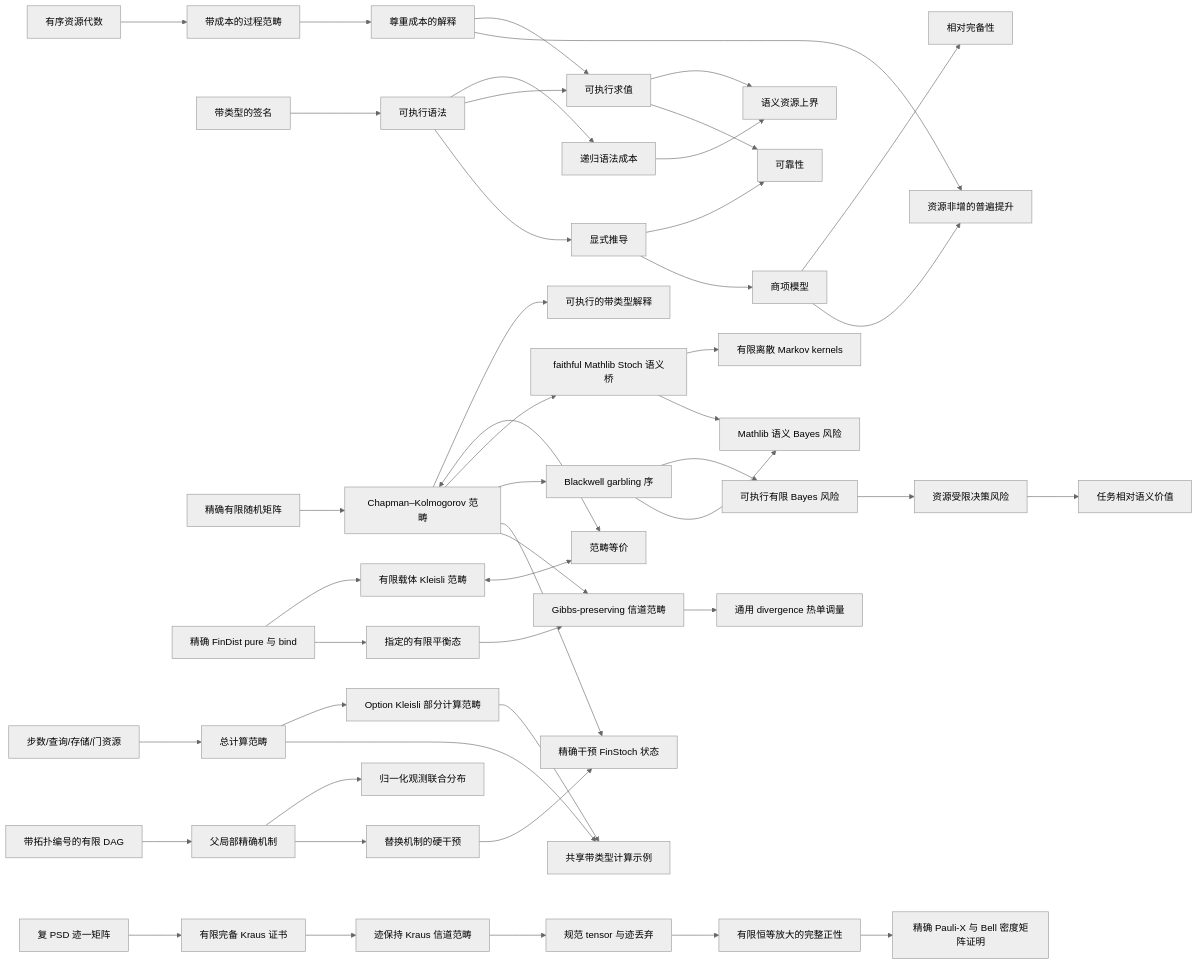
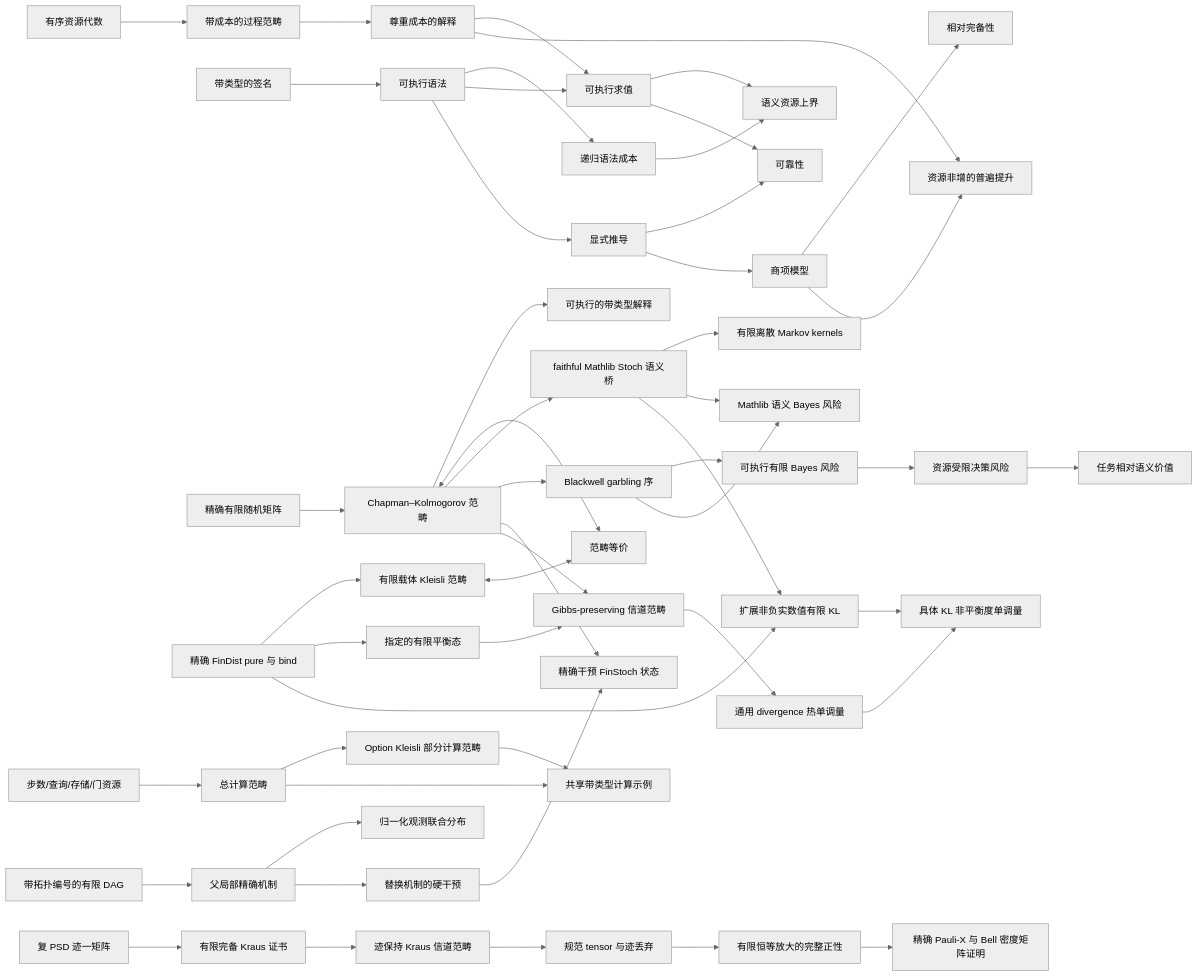
One commit to miuchan/ript changed the diagram in docs/README.zh-CN.md. Above: the diagram before and after it, drawn with Mermaid (neutral theme). The commit also changed other lines of this file and 10 other files, not shown here.

````diff
--- a/docs/README.zh-CN.md
+++ b/docs/README.zh-CN.md
@@ -756,49 +780,53 @@
 ```mermaid
 flowchart LR
   R["有序资源代数"] --> C["带成本的过程范畴"]
   S["带类型的签名"] --> X["可执行语法"]
   X --> K["递归语法成本"]
   C --> I["尊重成本的解释"]
   X --> E["可执行求值"]
   I --> E
   K --> B["语义资源上界"]
   E --> B
   X --> D["显式推导"]
   D --> SO["可靠性"]
   E --> SO
   D --> T["商项模型"]
   T --> CO["相对完备性"]
   I --> U["资源非增的普遍提升"]
   T --> U
   F["精确有限随机矩阵"] --> CK["Chapman–Kolmogorov 范畴"]
   CK --> EX["可执行的带类型解释"]
   FD["精确 FinDist pure 与 bind"] --> KL["有限载体 Kleisli 范畴"]
   CK <--> EQ["范畴等价"]
   KL <--> EQ
   CK --> ST["faithful Mathlib Stoch 语义桥"]
   ST --> MT["有限离散 Markov kernels"]
   CK --> BW["Blackwell garbling 序"]
   ST --> SB["Mathlib 语义 Bayes 风险"]
   BW --> FR["可执行有限 Bayes 风险"]
   FR --> RR["资源受限决策风险"]
   RR --> SV["任务相对语义价值"]
   BW --> SB
   CR["步数/查询/存储/门资源"] --> TC["总计算范畴"]
   TC --> PC["Option Kleisli 部分计算范畴"]
   TC --> CE["共享带类型计算示例"]
   PC --> CE
   DAG["带拓扑编号的有限 DAG"] --> CM["父局部精确机制"]
   CM --> OJ["归一化观测联合分布"]
   CM --> DO["替换机制的硬干预"]
   DO --> IS["精确干预 FinStoch 状态"]
   CK --> IS
   FD --> TE["指定的有限平衡态"]
   CK --> GP["Gibbs-preserving 信道范畴"]
   TE --> GP
   GP --> TM["通用 divergence 热单调量"]
+  FD --> FKL["扩展非负实数值有限 KL"]
+  ST --> FKL
+  FKL --> KTM["具体 KL 非平衡度单调量"]
+  TM --> KTM
   QB["复 PSD 迹一矩阵"] --> QK["有限完备 Kraus 证书"]
   QK --> QC["迹保持 Kraus 信道范畴"]
   QC --> QT["规范 tensor 与迹丢弃"]
   QT --> QP["有限恒等放大的完整正性"]
   QP --> QX["精确 Pauli-X 与 Bell 密度矩阵证明"]
 ```
````
